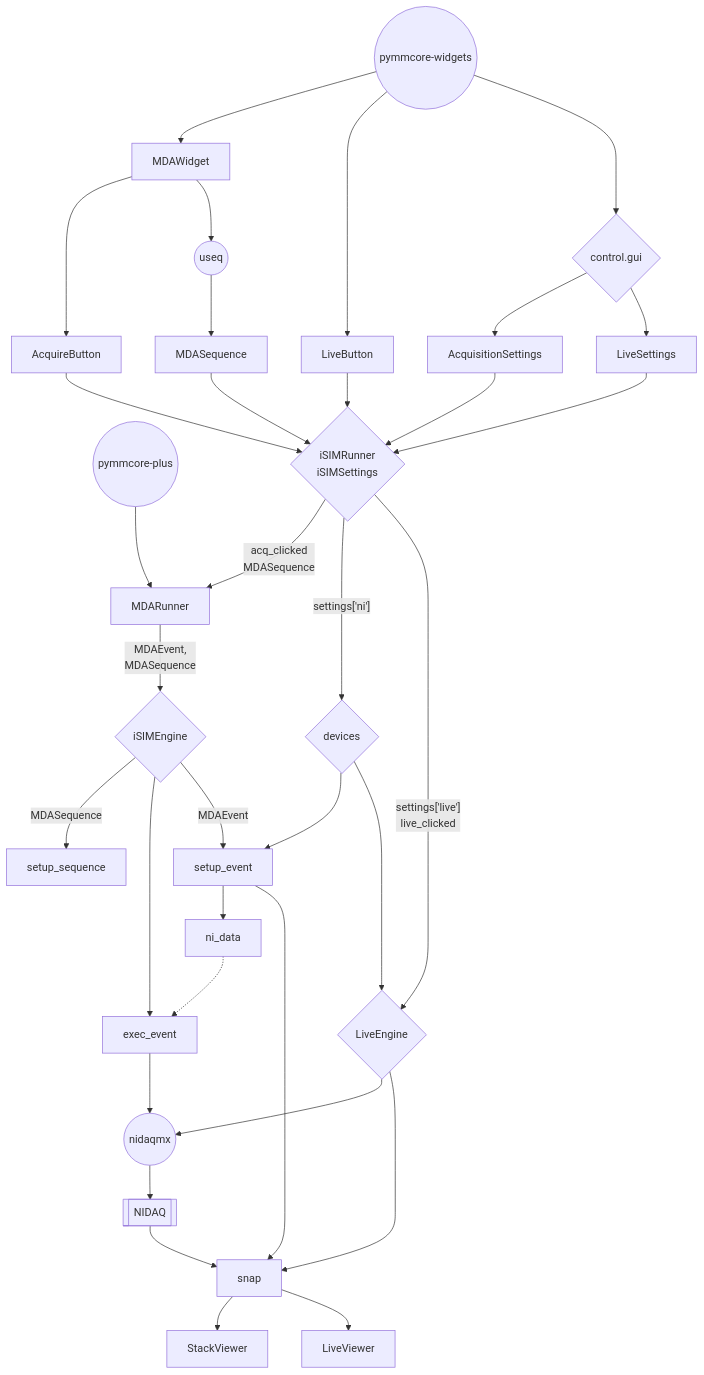
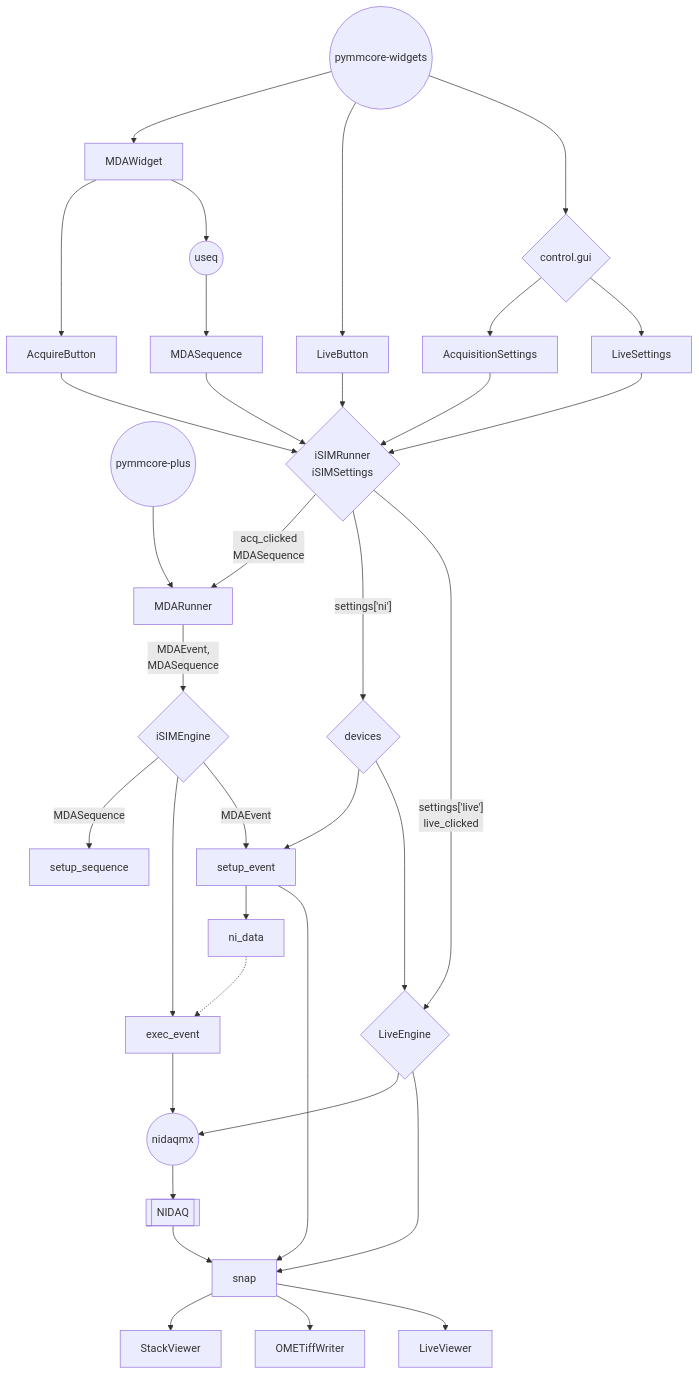
The diagram in control/doc/structure.md (LEB-EPFL/iSIM), drawn with Mermaid before and after one commit. The commit also changed 7 other files, not shown here.

````diff
--- a/control/doc/structure.md
+++ b/control/doc/structure.md
@@ -1,57 +1,58 @@
 ```mermaid
 flowchart TD;
     useq((useq))
     pymmcore-plus((pymmcore-plus))
     pymmcore-widgets((pymmcore-widgets))
     iSIMEngine{iSIMEngine}
     control.gui{control.gui}
     iSIMRunner{iSIMRunner \n iSIMSettings}
 
     devices{devices}
     NIDAQ[[NIDAQ]]
     nidaqmx((nidaqmx))
 
     %% Acquisisitons
     useq --> MDASequence
     pymmcore-widgets --> MDAWidget
     control.gui --> AcquisitionSettings
     AcquisitionSettings --> iSIMRunner
     MDAWidget --> AcquireButton
     AcquireButton --> iSIMRunner
     MDAWidget --> useq
 
     MDASequence --> iSIMRunner
     pymmcore-plus --> MDARunner
 
     iSIMRunner -- acq_clicked \n MDASequence--> MDARunner
     iSIMRunner -- settings['ni'] --> devices
 
     MDARunner -- MDAEvent, \n MDASequence --> iSIMEngine
     iSIMEngine -- MDASequence --> setup_sequence
     iSIMEngine --> exec_event
     iSIMEngine -- MDAEvent --> setup_event
     devices --> setup_event
     setup_event --> ni_data
     setup_event --> snap
     ni_data -.-> exec_event
     exec_event --> nidaqmx
     nidaqmx --> NIDAQ
     snap --> StackViewer
+    snap --> OMETiffWriter
 
 
     %% Live Mode
     pymmcore-widgets --> LiveButton
     LiveButton --> iSIMRunner
     LiveEngine{LiveEngine} --> nidaqmx
     LiveEngine --> snap
     NIDAQ --> snap
     snap --> LiveViewer
 
     devices --> LiveEngine
     iSIMRunner -- settings['live'] \n live_clicked--> LiveEngine
 
     control.gui --> LiveSettings
     pymmcore-widgets --> control.gui
     LiveSettings --> iSIMRunner
 
 ```
````
